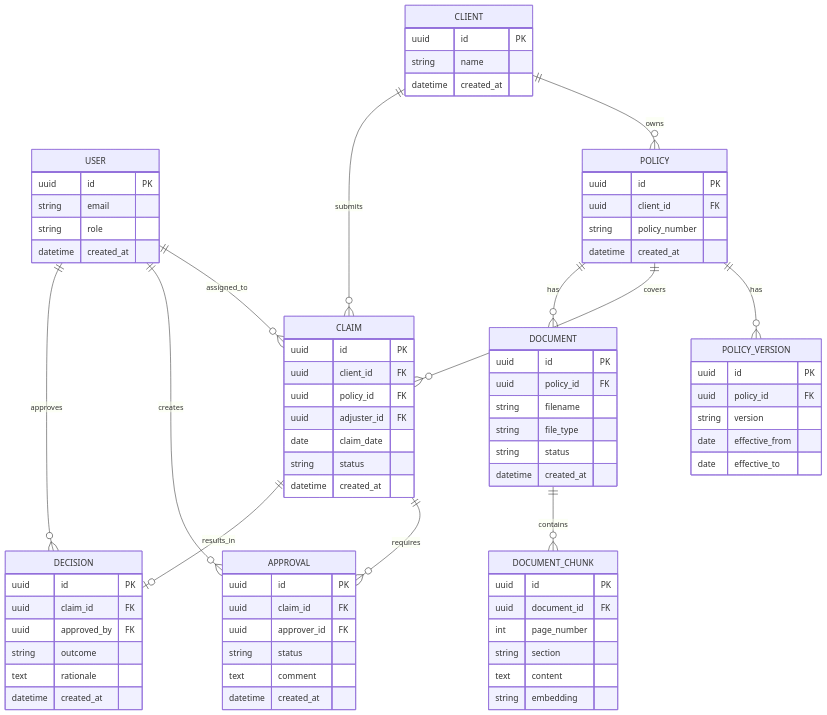
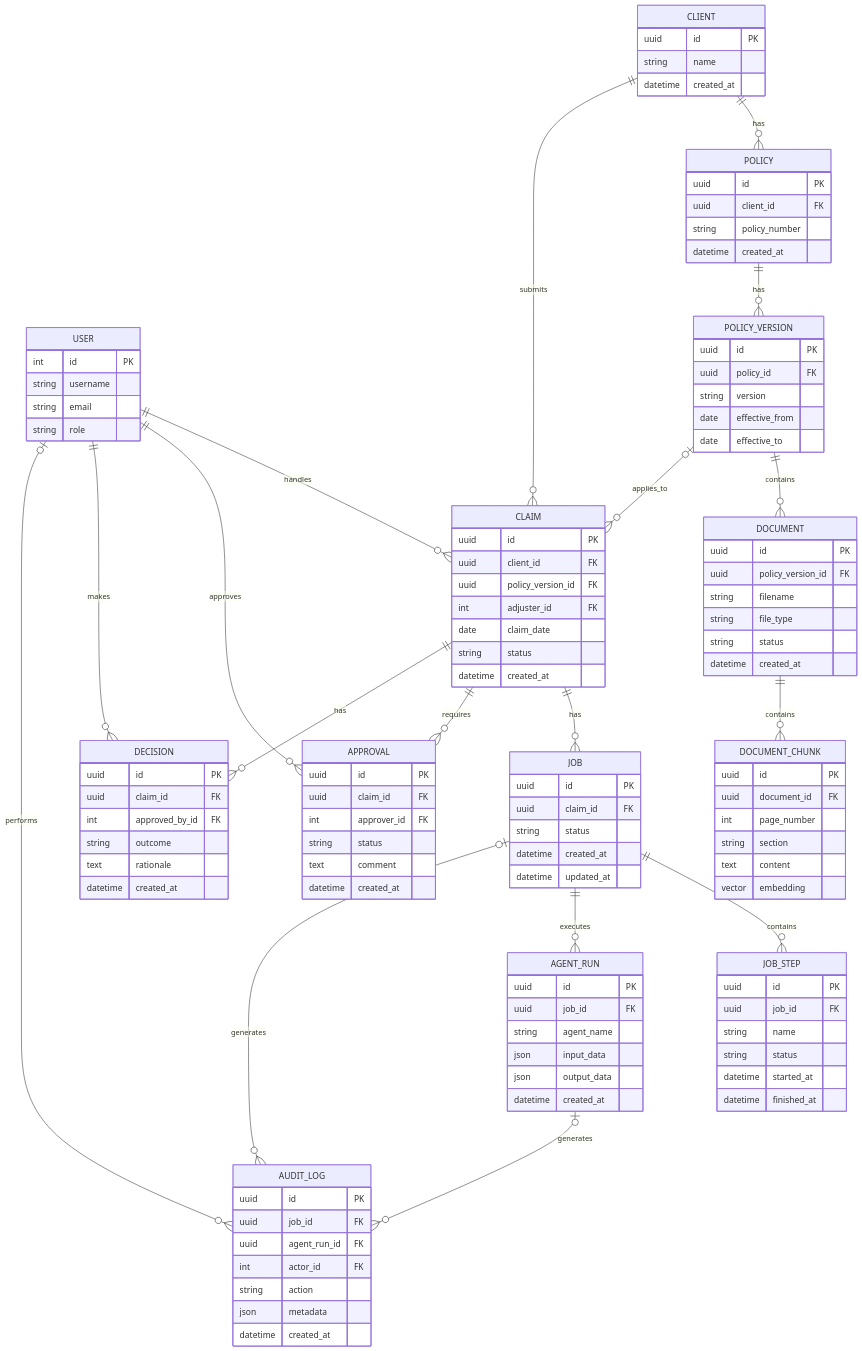
The diagram in docs/diagrams/er-diagram.mmd (HamsEldakrory/Domain-copilot), drawn with Mermaid before and after one commit.

Commit message:
docs: update ER diagram with revised entity attributes and relationships

```diff
--- a/docs/diagrams/er-diagram.mmd
+++ b/docs/diagrams/er-diagram.mmd
@@ -1,98 +1,135 @@
 erDiagram
 
     USER {
-        uuid id PK
+        int id PK
+        string username
         string email
         string role
-        datetime created_at
     }
 
     CLIENT {
         uuid id PK
         string name
         datetime created_at
     }
 
     POLICY {
         uuid id PK
         uuid client_id FK
         string policy_number
         datetime created_at
     }
 
     POLICY_VERSION {
         uuid id PK
         uuid policy_id FK
         string version
         date effective_from
         date effective_to
     }
 
-    CLAIM {
-        uuid id PK
-        uuid client_id FK
-        uuid policy_id FK
-        uuid adjuster_id FK
-        date claim_date
-        string status
-        datetime created_at
-    }
-
     DOCUMENT {
         uuid id PK
-        uuid policy_id FK
+        uuid policy_version_id FK
         string filename
         string file_type
         string status
         datetime created_at
     }
 
     DOCUMENT_CHUNK {
         uuid id PK
         uuid document_id FK
         int page_number
         string section
         text content
-        string embedding
+        vector embedding
+    }
+
+    CLAIM {
+        uuid id PK
+        uuid client_id FK
+        uuid policy_version_id FK
+        int adjuster_id FK
+        date claim_date
+        string status
+        datetime created_at
+    }
+
+    JOB {
+        uuid id PK
+        uuid claim_id FK
+        string status
+        datetime created_at
+        datetime updated_at
+    }
+
+    JOB_STEP {
+        uuid id PK
+        uuid job_id FK
+        string name
+        string status
+        datetime started_at
+        datetime finished_at
+    }
+
+    AGENT_RUN {
+        uuid id PK
+        uuid job_id FK
+        string agent_name
+        json input_data
+        json output_data
+        datetime created_at
     }
 
     APPROVAL {
         uuid id PK
         uuid claim_id FK
-        uuid approver_id FK
+        int approver_id FK
         string status
         text comment
         datetime created_at
     }
 
     DECISION {
         uuid id PK
         uuid claim_id FK
-        uuid approved_by FK
+        int approved_by_id FK
         string outcome
         text rationale
         datetime created_at
     }
 
+    AUDIT_LOG {
+        uuid id PK
+        uuid job_id FK
+        uuid agent_run_id FK
+        int actor_id FK
+        string action
+        json metadata
+        datetime created_at
+    }
 
-    CLIENT ||--o{ POLICY : owns
 
+    CLIENT ||--o{ POLICY : has
     POLICY ||--o{ POLICY_VERSION : has
+    POLICY_VERSION ||--o{ DOCUMENT : contains
+    DOCUMENT ||--o{ DOCUMENT_CHUNK : contains
 
     CLIENT ||--o{ CLAIM : submits
+    POLICY_VERSION o|--o{ CLAIM : applies_to
+    USER ||--o{ CLAIM : handles
 
-    POLICY ||--o{ CLAIM : covers
-
-    USER ||--o{ CLAIM : assigned_to
-
-    POLICY ||--o{ DOCUMENT : has
-
-    DOCUMENT ||--o{ DOCUMENT_CHUNK : contains
+    CLAIM ||--o{ JOB : has
+    JOB ||--o{ JOB_STEP : contains
+    JOB ||--o{ AGENT_RUN : executes
 
     CLAIM ||--o{ APPROVAL : requires
+    USER ||--o{ APPROVAL : approves
 
-    USER ||--o{ APPROVAL : creates
+    CLAIM ||--o{ DECISION : has
+    USER ||--o{ DECISION : makes
 
-    CLAIM ||--o| DECISION : results_in
-
-    USER ||--o{ DECISION : approves
+    JOB o|--o{ AUDIT_LOG : generates
+    AGENT_RUN o|--o{ AUDIT_LOG : generates
+    USER o|--o{ AUDIT_LOG : performs
```
